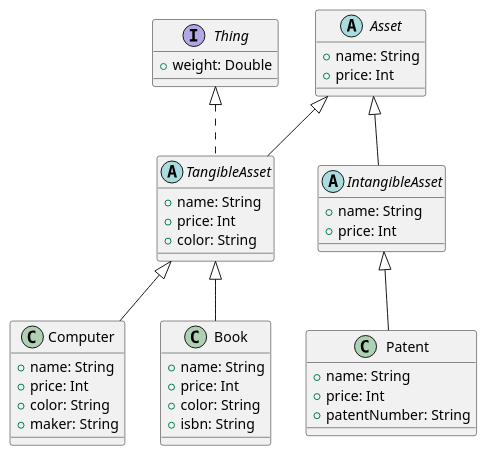
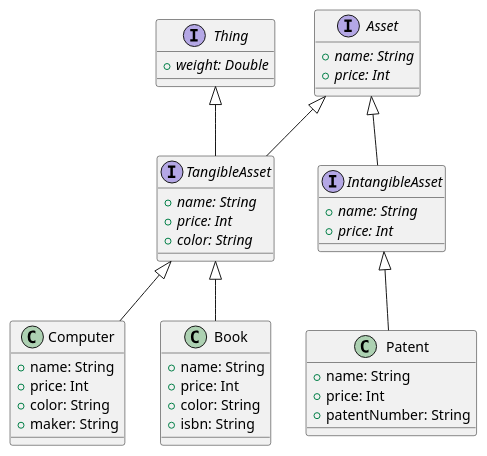
The diagram in src/main/kotlin/day07/Asset.puml (SurvivalCodingCampus/winter_kotlin_lecture), drawn with PlantUML before and after one commit. The commit also changed 5 other files, not shown here.

```diff
--- a/src/main/kotlin/day07/Asset.puml
+++ b/src/main/kotlin/day07/Asset.puml
@@ -1,42 +1,42 @@
 @startuml
 
-abstract class Asset {
-    +name: String
-    +price: Int
+interface Asset {
+    {abstract} + name: String
+    {abstract} + price: Int
 }
 
-abstract class TangibleAsset extends Asset implements Thing {
-    + name: String
-    + price: Int
-    + color: String
+interface TangibleAsset implements Asset, Thing {
+    {abstract} + name: String
+    {abstract} + price: Int
+    {abstract} + color: String
 }
 
-abstract class IntangibleAsset extends Asset {
-    + name: String
-    + price: Int
+interface IntangibleAsset implements Asset {
+    {abstract} + name: String
+    {abstract} + price: Int
 }
 
 class Computer extends TangibleAsset {
     + name: String
     + price: Int
     + color: String
     + maker: String
 }
 
 class Book extends TangibleAsset {
     + name: String
     + price: Int
     + color: String
     + isbn: String
 }
 
 class Patent extends IntangibleAsset {
     + name: String
     + price: Int
     + patentNumber: String
 }
 
 interface Thing {
-    + weight: Double
+    {abstract} + weight: Double
 }
 @enduml
```
